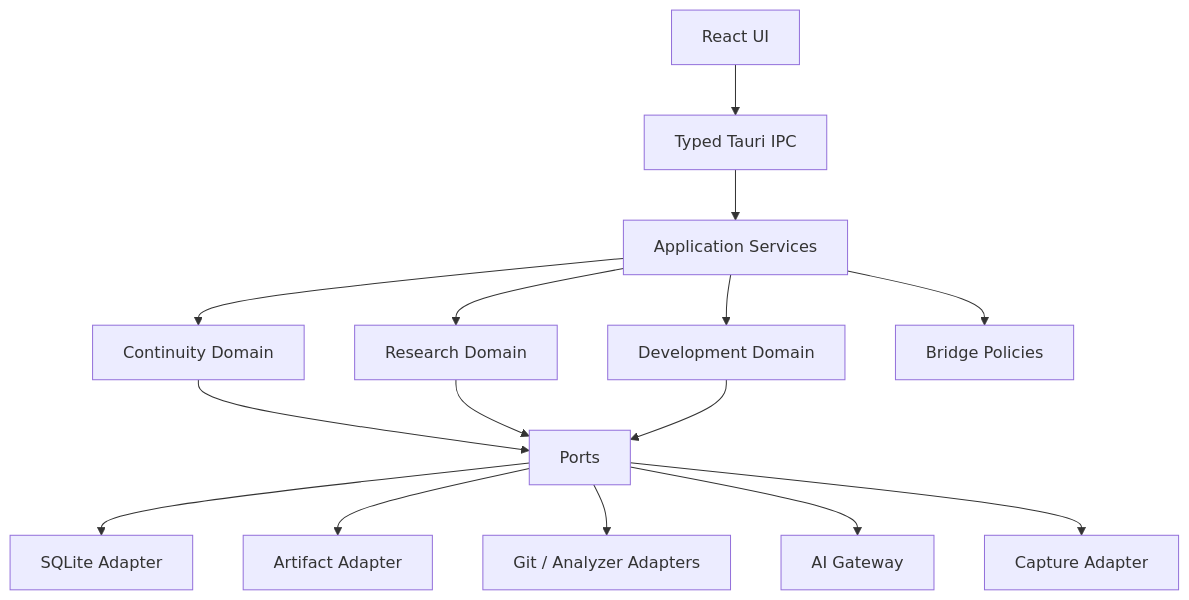
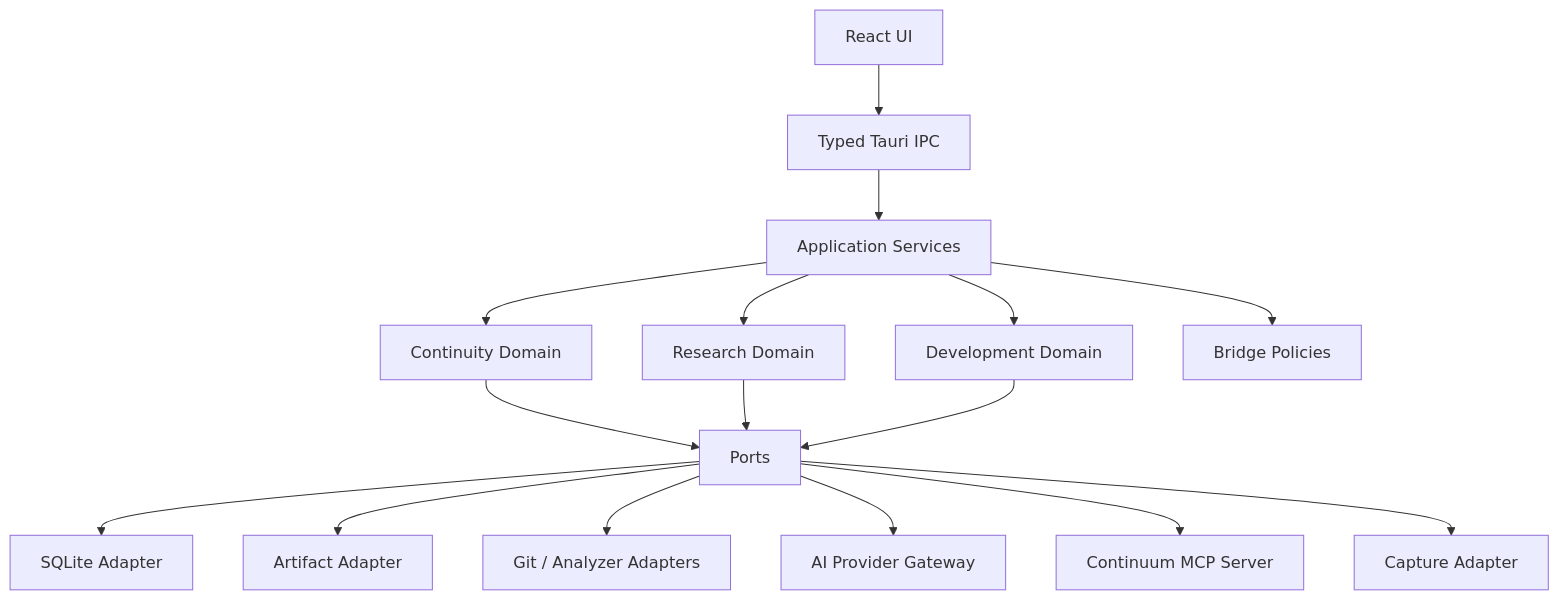
Before and after one commit to WiefranVarenzo/Continuum: the sixth of 11 diagrams in docs/diagrams/CORE-ARCHITECTURE-DIAGRAMS.md, drawn with Mermaid. The commit also changed other lines of this file and 24 other files, not shown here.

````diff
--- a/docs/diagrams/CORE-ARCHITECTURE-DIAGRAMS.md
+++ b/docs/diagrams/CORE-ARCHITECTURE-DIAGRAMS.md
@@ -83,17 +89,18 @@
 ```mermaid
 flowchart TB
   React[React UI] --> IPC[Typed Tauri IPC]
   IPC --> APP[Application Services]
   APP --> CORE[Continuity Domain]
   APP --> RS[Research Domain]
   APP --> DS[Development Domain]
   APP --> BR[Bridge Policies]
   CORE --> PORTS[Ports]
   RS --> PORTS
   DS --> PORTS
   PORTS --> SQL[SQLite Adapter]
   PORTS --> ART[Artifact Adapter]
   PORTS --> GIT[Git / Analyzer Adapters]
-  PORTS --> AI[AI Gateway]
+  PORTS --> AI[AI Provider Gateway]
+  PORTS --> MCP[Continuum MCP Server]
   PORTS --> CAP[Capture Adapter]
 ```
````
